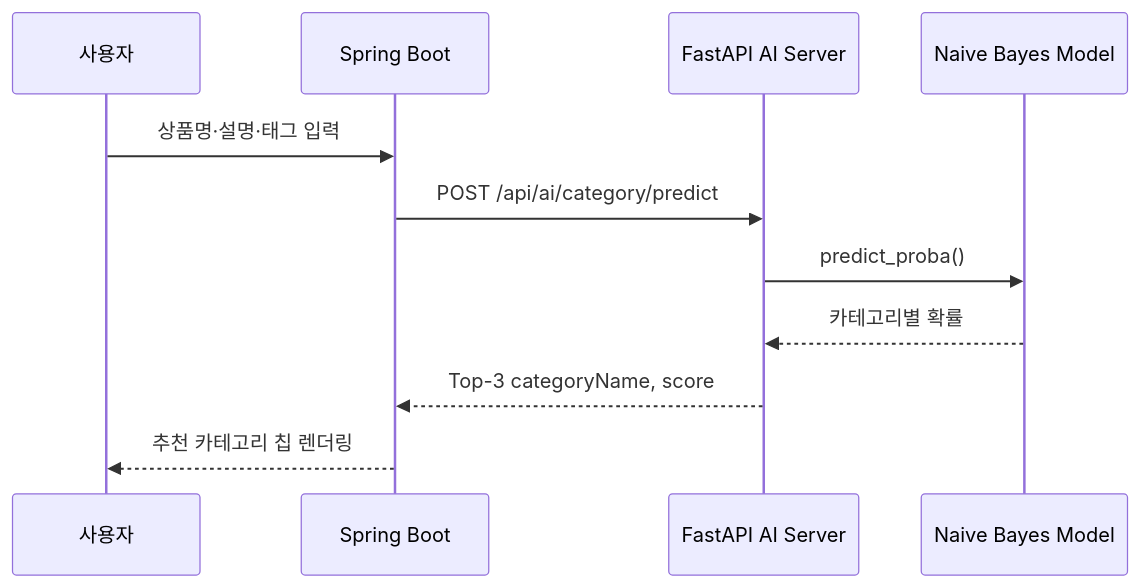
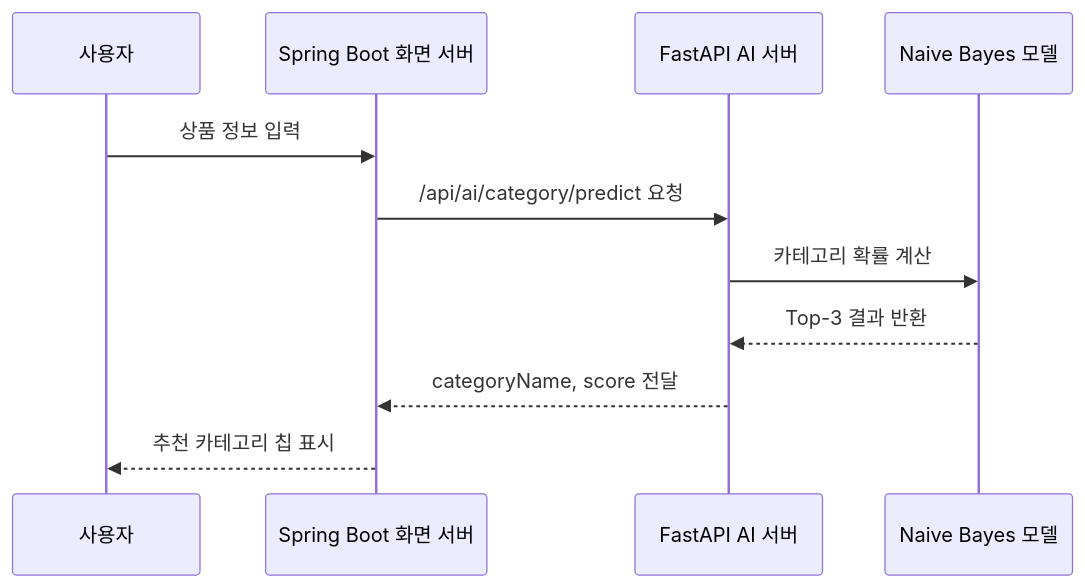
One commit to tomatosugarpickled/announcement-_ai changed the second of 8 diagrams in README.md. Above: the diagram before and after it, drawn with Mermaid. The commit also changed other lines of this file and 6 other files, not shown here.

````diff
--- a/README.md
+++ b/README.md
@@ -139,14 +171,14 @@
 ```mermaid
 sequenceDiagram
     participant User as 사용자
-    participant Spring as Spring Boot
-    participant FastAPI as FastAPI AI Server
-    participant Model as Naive Bayes Model
+    participant Spring as Spring Boot 화면 서버
+    participant FastAPI as FastAPI AI 서버
+    participant Model as Naive Bayes 모델
 
-    User->>Spring: 상품명·설명·태그 입력
-    Spring->>FastAPI: POST /api/ai/category/predict
-    FastAPI->>Model: predict_proba()
-    Model-->>FastAPI: 카테고리별 확률
-    FastAPI-->>Spring: Top-3 categoryName, score
-    Spring-->>User: 추천 카테고리 칩 렌더링
+    User->>Spring: 상품 정보 입력
+    Spring->>FastAPI: /api/ai/category/predict 요청
+    FastAPI->>Model: 카테고리 확률 계산
+    Model-->>FastAPI: Top-3 결과 반환
+    FastAPI-->>Spring: categoryName, score 전달
+    Spring-->>User: 추천 카테고리 칩 표시
 ```
````
